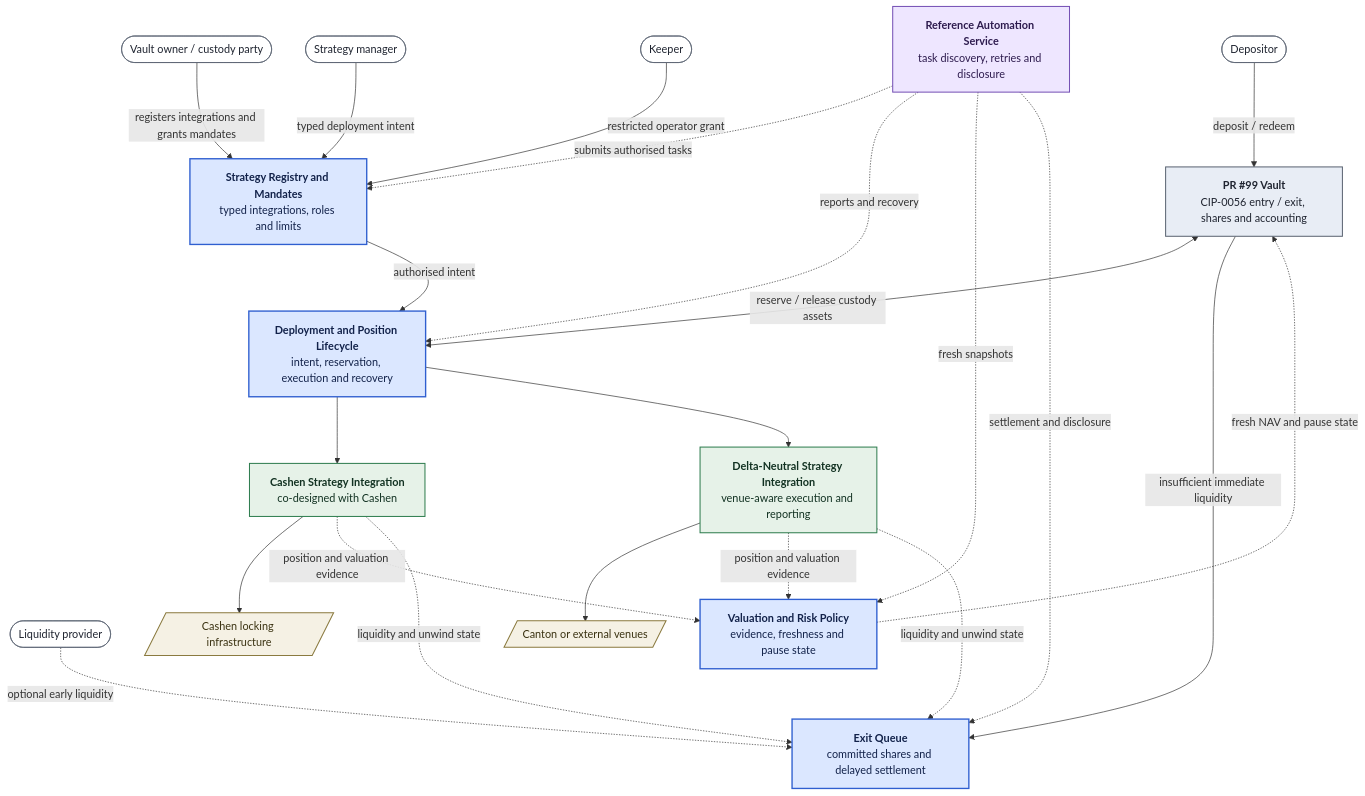
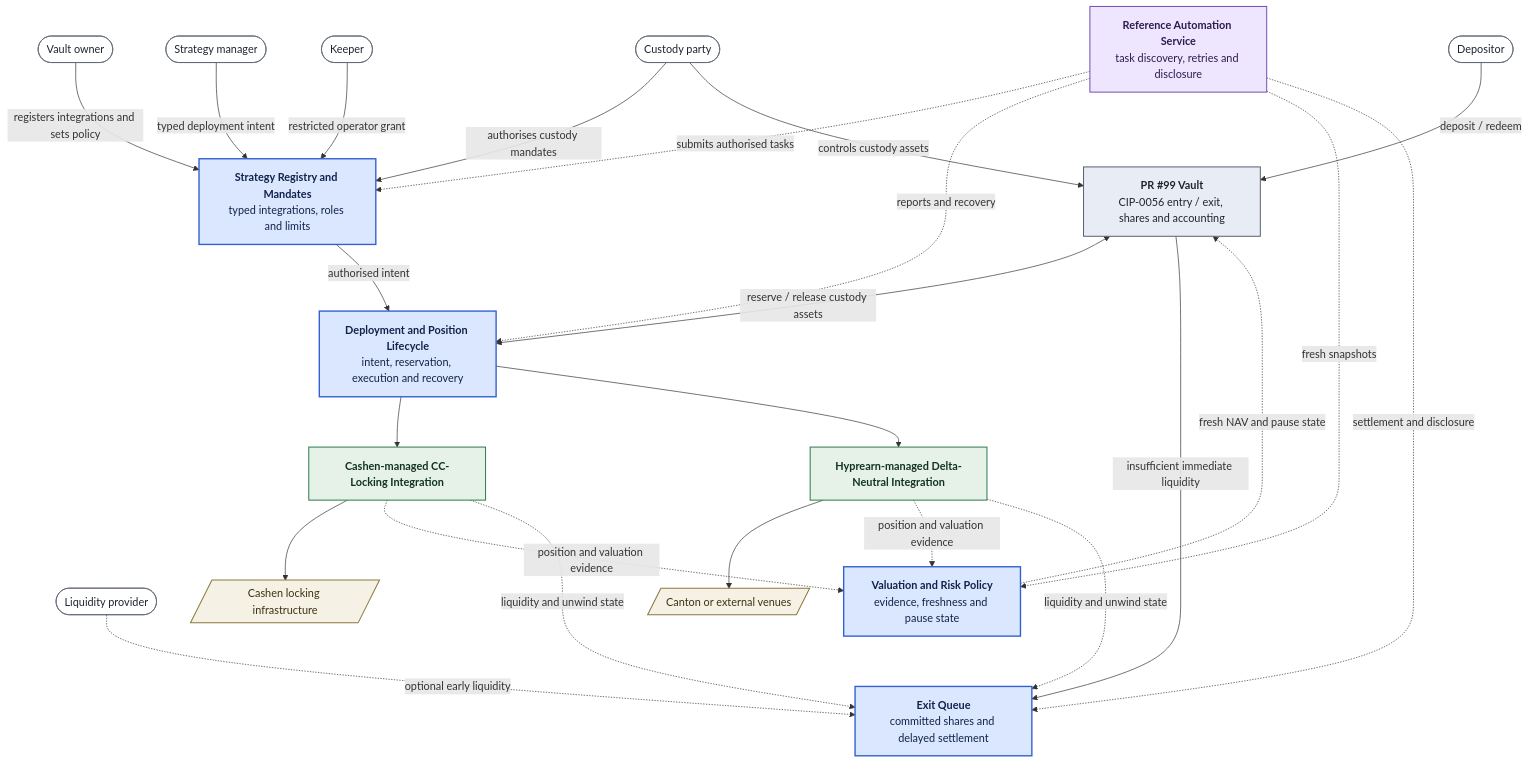
One commit to canton-foundation/canton-dev-fund changed the diagram in proposals/2026-06-hyprearn-canton-vault-infra.md. Above: the diagram before and after it, drawn with Mermaid. The commit also changed other lines of this file, not shown here.

````diff
--- a/proposals/2026-06-hyprearn-canton-vault-infra.md
+++ b/proposals/2026-06-hyprearn-canton-vault-infra.md
@@ -51,61 +51,64 @@
 ```mermaid
 flowchart TB
     DEP(["Depositor"])
-    OWNER(["Vault owner / custody party"])
+    OWNER(["Vault owner"])
+    CUST(["Custody party"])
     MGR(["Strategy manager"])
     KEEP(["Keeper"])
     LP(["Liquidity provider"])
 
     VAULT["<b>PR #99 Vault</b><br/>CIP-0056 entry / exit, shares and accounting"]
 
     REG["<b>Strategy Registry and Mandates</b><br/>typed integrations, roles and limits"]
     LIFE["<b>Deployment and Position Lifecycle</b><br/>intent, reservation, execution and recovery"]
     VAL["<b>Valuation and Risk Policy</b><br/>evidence, freshness and pause state"]
     QUEUE["<b>Exit Queue</b><br/>committed shares and delayed settlement"]
     REG ~~~ LIFE ~~~ VAL ~~~ QUEUE
 
     AUTO["<b>Reference Automation Service</b><br/>task discovery, retries and disclosure"]
 
-    CASHENAD["<b>Cashen Strategy Integration</b><br/>co-designed with Cashen"]
-    DNEUTAD["<b>Delta-Neutral Strategy Integration</b><br/>venue-aware execution and reporting"]
+    CASHENAD["<b>Cashen-managed CC-Locking Integration</b>"]
+    DNEUTAD["<b>Hyprearn-managed Delta-Neutral Integration</b>"]
 
     CASHEN[/"Cashen locking infrastructure"/]
     VENUES[/"Canton or external venues"/]
 
     DEP -->|deposit / redeem| VAULT
-    OWNER -->|registers integrations and grants mandates| REG
+    OWNER -->|registers integrations and sets policy| REG
+    CUST -->|authorises custody mandates| REG
+    CUST -->|controls custody assets| VAULT
     MGR -->|typed deployment intent| REG
     KEEP -->|restricted operator grant| REG
     REG -->|authorised intent| LIFE
     VAULT <-->|reserve / release custody assets| LIFE
     VAULT -->|insufficient immediate liquidity| QUEUE
     LP -.->|optional early liquidity| QUEUE
     VAL -.->|fresh NAV and pause state| VAULT
 
     LIFE --> CASHENAD
     LIFE --> DNEUTAD
     CASHENAD --> CASHEN
     DNEUTAD --> VENUES
     CASHENAD -.->|position and valuation evidence| VAL
     DNEUTAD -.->|position and valuation evidence| VAL
     CASHENAD -.->|liquidity and unwind state| QUEUE
     DNEUTAD -.->|liquidity and unwind state| QUEUE
     AUTO -.->|submits authorised tasks| REG
     AUTO -.->|reports and recovery| LIFE
     AUTO -.->|fresh snapshots| VAL
     AUTO -.->|settlement and disclosure| QUEUE
 
     classDef actor fill:#ffffff,stroke:#5b6472,stroke-width:1px,color:#1f2430
     classDef adopted fill:#e8edf5,stroke:#5b6472,stroke-width:1.5px,color:#1f2430
     classDef grant fill:#dbe7ff,stroke:#2f5fd0,stroke-width:2px,color:#12224a
     classDef support fill:#eee6ff,stroke:#7651b5,stroke-width:1.5px,color:#2d1b4e
     classDef strat fill:#e6f2e8,stroke:#2f7d4f,stroke-width:1.5px,color:#123222
     classDef ext fill:#f5f1e4,stroke:#8a7a3f,stroke-width:1.5px,color:#3a3211
 
-    class DEP,OWNER,MGR,KEEP,LP actor
+    class DEP,OWNER,CUST,MGR,KEEP,LP actor
     class VAULT adopted
     class REG,LIFE,VAL,QUEUE grant
     class AUTO support
     class CASHENAD,DNEUTAD strat
     class CASHEN,VENUES ext
 ```
````
